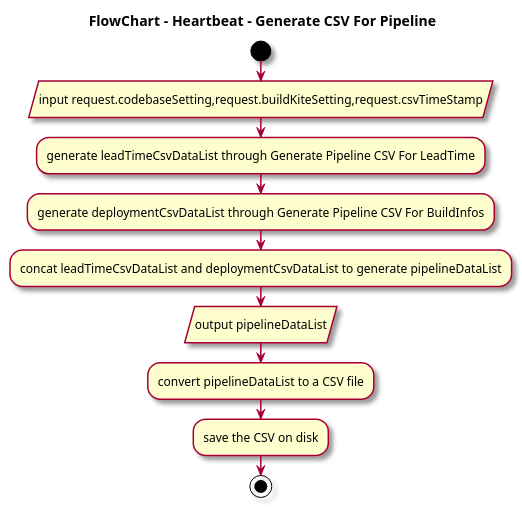
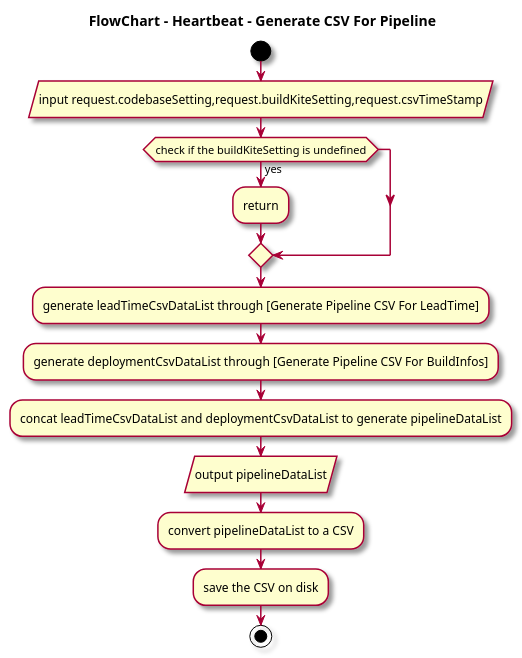
One commit to thoughtworks/HeartBeat changed the ninth of 9 diagrams in docs/src/pages/en/dev-center/flow-diagrams.md. Above: the diagram before and after it, drawn with PlantUML. The commit also changed other lines of this file and 3 other files, not shown here.

First line of the commit message:
ADM-448 [docs] [stub] [infra] Update flow diagram and export csv (#422)

````diff
--- a/docs/src/pages/en/dev-center/flow-diagrams.md
+++ b/docs/src/pages/en/dev-center/flow-diagrams.md
@@ -367,16 +369,19 @@
 ```plantuml
 @startuml Generate CSV For Pipeline
 skin rose
 skinparam defaultTextAlignment center
 title FlowChart - Heartbeat - Generate CSV For Pipeline
 start
 :input request.codebaseSetting,request.buildKiteSetting,request.csvTimeStamp/
-:generate leadTimeCsvDataList through Generate Pipeline CSV For LeadTime;
-:generate deploymentCsvDataList through Generate Pipeline CSV For BuildInfos;
+if(check if the buildKiteSetting is undefined) then (yes)
+:return;
+endif
+:generate leadTimeCsvDataList through [Generate Pipeline CSV For LeadTime];
+:generate deploymentCsvDataList through [Generate Pipeline CSV For BuildInfos];
 :concat leadTimeCsvDataList and deploymentCsvDataList to generate pipelineDataList;
 :output pipelineDataList/
-:convert pipelineDataList to a CSV file;
+:convert pipelineDataList to a CSV;
 :save the CSV on disk;
 stop
 @enduml
 ```
````
